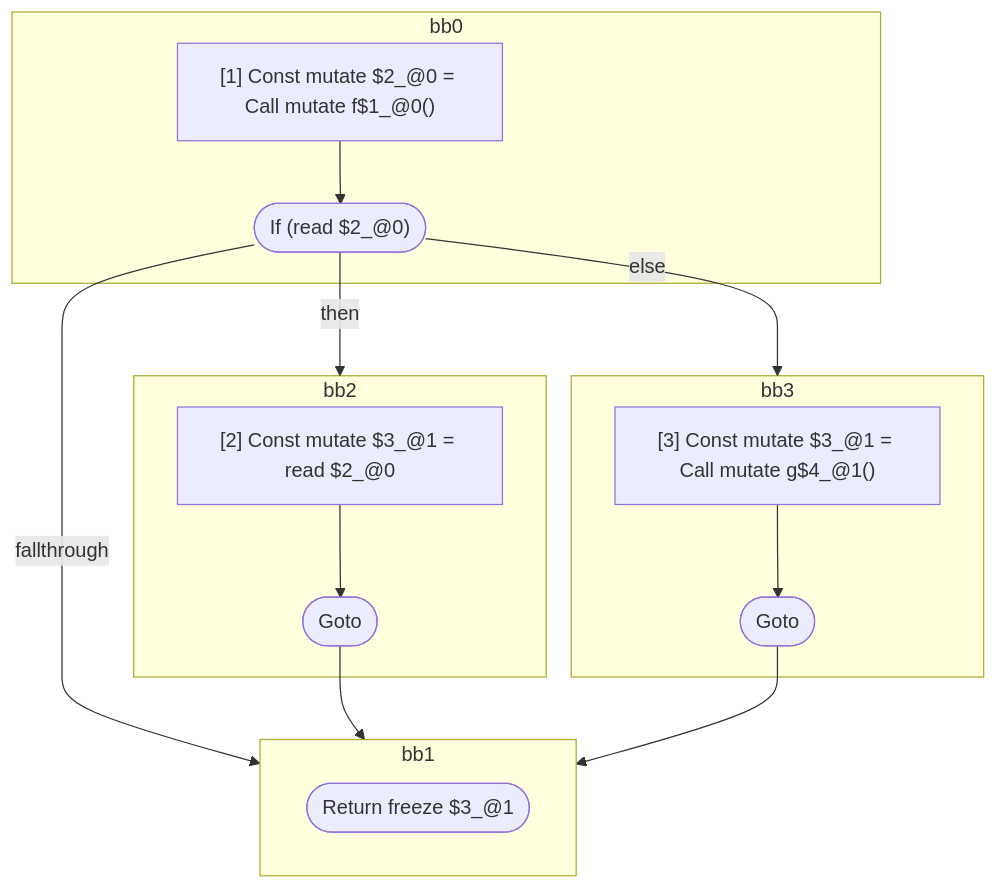
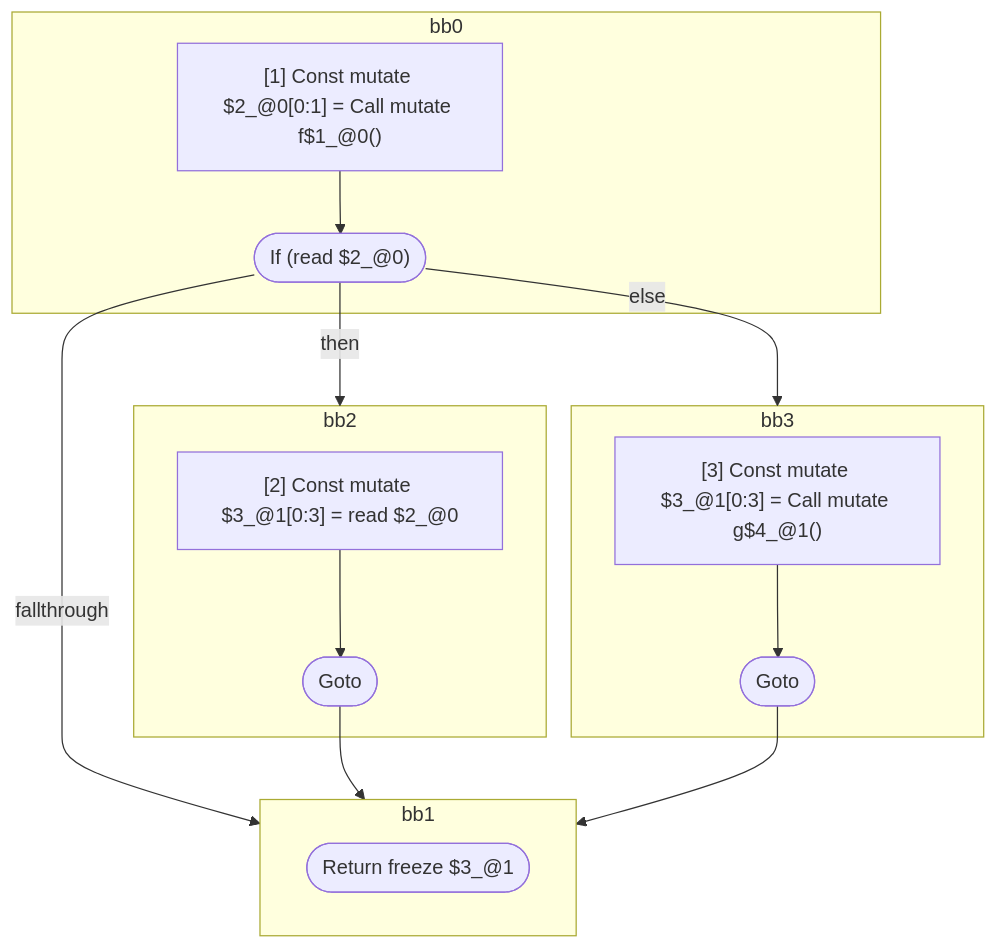
The second of 5 diagrams in compiler/forget/src/__tests__/fixtures/hir/logical-expression.expect.md (wutsmog/private), drawn with Mermaid before and after one commit. The commit also changed other lines of this file and 33 other files, not shown here.

````diff
--- a/compiler/forget/src/__tests__/fixtures/hir/logical-expression.expect.md
+++ b/compiler/forget/src/__tests__/fixtures/hir/logical-expression.expect.md
@@ -109,33 +109,33 @@
 ```mermaid
 flowchart TB
   %% Basic Blocks
   subgraph bb0
     bb0_instrs["
-      [1] Const mutate $2_@0 = Call mutate f$1_@0()
+      [1] Const mutate $2_@0[0:1] = Call mutate f$1_@0()
     "]
     bb0_instrs --> bb0_terminal(["If (read $2_@0)"])
   end
   subgraph bb2
     bb2_instrs["
-      [2] Const mutate $3_@1 = read $2_@0
+      [2] Const mutate $3_@1[0:3] = read $2_@0
     "]
     bb2_instrs --> bb2_terminal(["Goto"])
   end
   subgraph bb3
     bb3_instrs["
-      [3] Const mutate $3_@1 = Call mutate g$4_@1()
+      [3] Const mutate $3_@1[0:3] = Call mutate g$4_@1()
     "]
     bb3_instrs --> bb3_terminal(["Goto"])
   end
   subgraph bb1
     bb1_terminal(["Return freeze $3_@1"])
   end
 
   %% Jumps
   bb0_terminal -- then --> bb2
   bb0_terminal -- else --> bb3
   bb0_terminal -- fallthrough --> bb1
   bb2_terminal --> bb1
   bb3_terminal --> bb1
 
 ```
````
